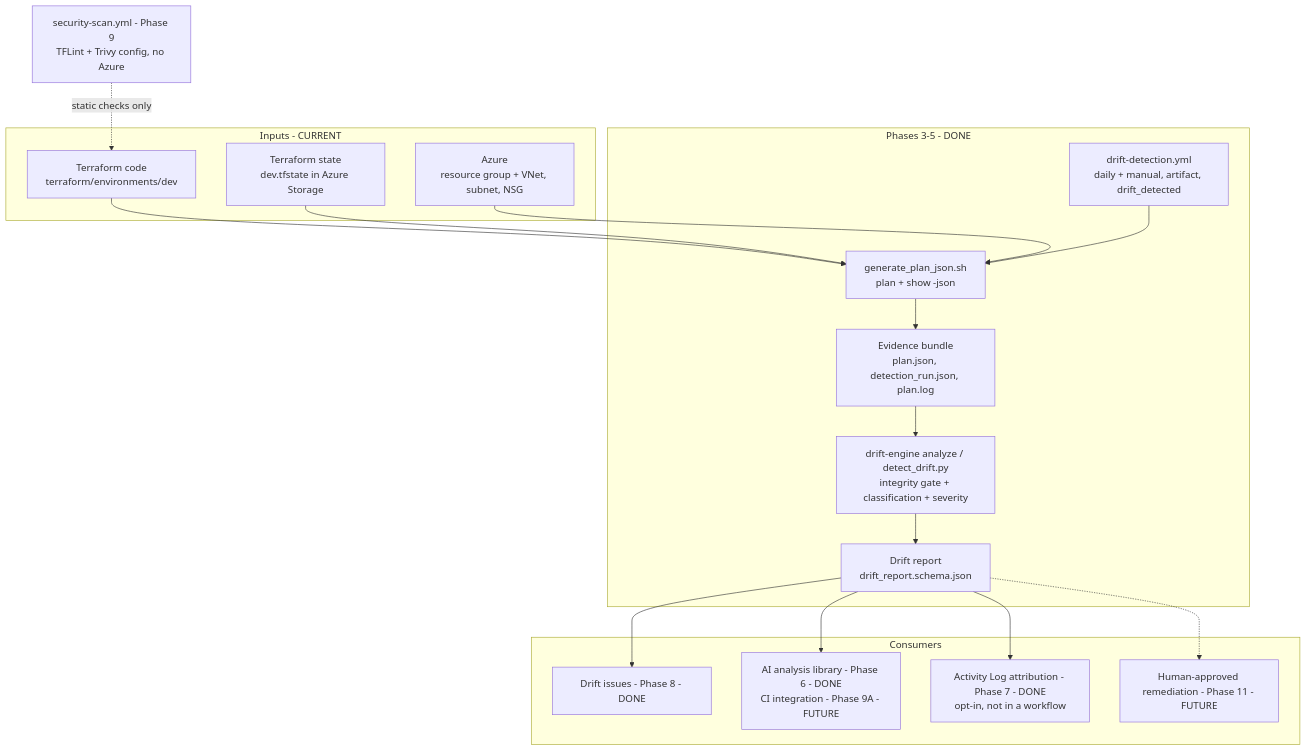
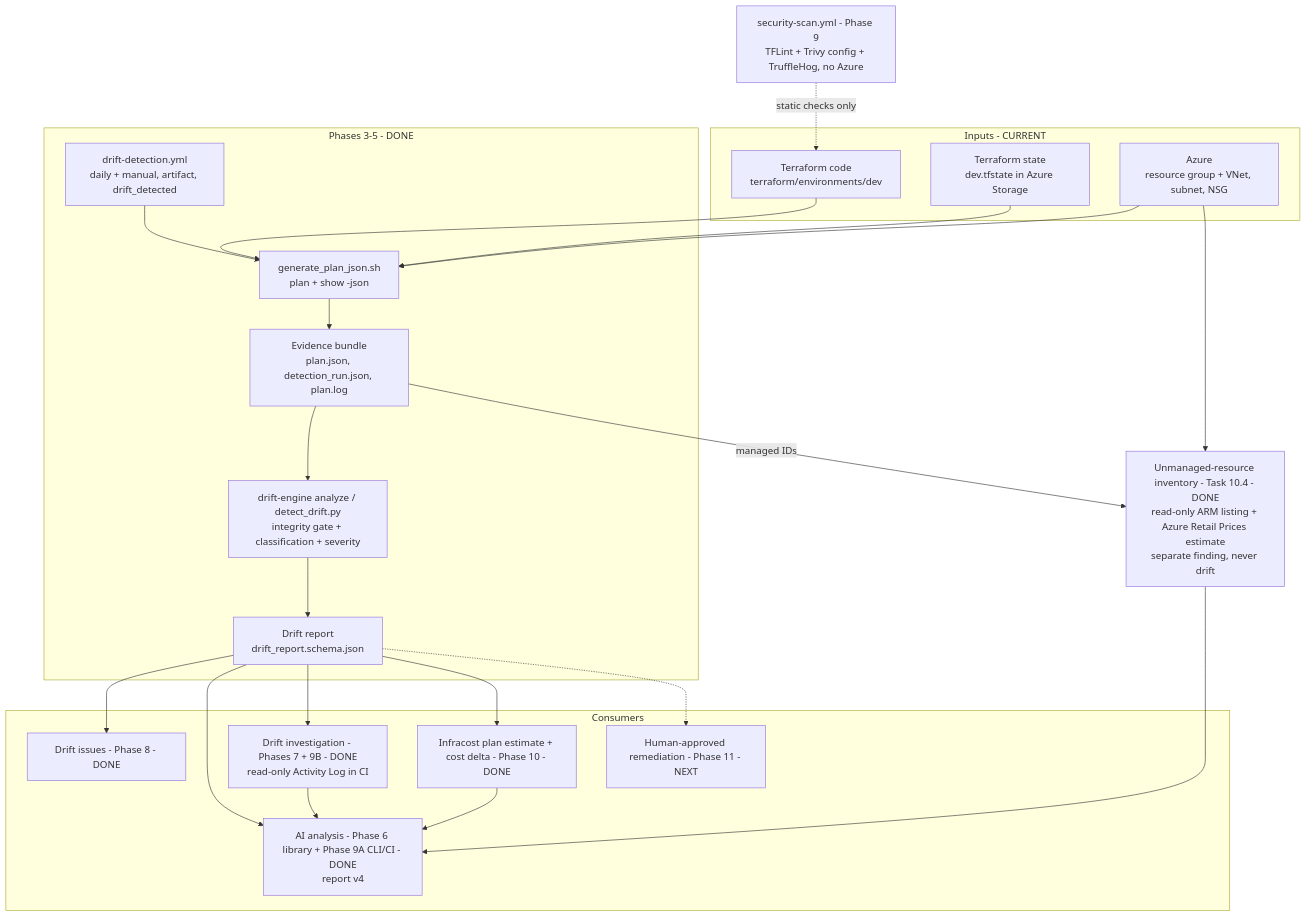
The third of 11 diagrams in docs/MASTER_PROJECT_GUIDE.md (HarshAgarwal1102/ai-terraform-drift-detector), drawn with Mermaid before and after one commit. The commit also changed other lines of this file and 4 other files, not shown here.

First line of the commit message:
docs: close Tasks 10.3 and 10.4 and update project roadmap

````diff
--- a/docs/MASTER_PROJECT_GUIDE.md
+++ b/docs/MASTER_PROJECT_GUIDE.md
@@ -291,36 +296,45 @@
 ```mermaid
 flowchart TD
     subgraph INPUTS["Inputs - CURRENT"]
         CODE["Terraform code<br/>terraform/environments/dev"]
         STATE["Terraform state<br/>dev.tfstate in Azure Storage"]
         AZ["Azure<br/>resource group + VNet, subnet, NSG"]
     end
 
     subgraph DET["Phases 3-5 - DONE"]
         GEN["generate_plan_json.sh<br/>plan + show -json"]
         BUNDLE["Evidence bundle<br/>plan.json, detection_run.json, plan.log"]
         CLS["drift-engine analyze / detect_drift.py<br/>integrity gate + classification + severity"]
         REP["Drift report<br/>drift_report.schema.json"]
         WF["drift-detection.yml<br/>daily + manual, artifact, drift_detected"]
     end
 
     subgraph USE["Consumers"]
         ISS["Drift issues - Phase 8 - DONE"]
-        AI["AI analysis library - Phase 6 - DONE<br/>CI integration - Phase 9A - FUTURE"]
-        LOG["Activity Log attribution - Phase 7 - DONE<br/>opt-in, not in a workflow"]
-        FIX["Human-approved remediation - Phase 11 - FUTURE"]
+        AI["AI analysis - Phase 6 library + Phase 9A CLI/CI - DONE<br/>report v4"]
+        LOG["Drift investigation - Phases 7 + 9B - DONE<br/>read-only Activity Log in CI"]
+        COST["Infracost plan estimate + cost delta - Phase 10 - DONE"]
+        FIX["Human-approved remediation - Phase 11 - NEXT"]
     end
 
-    SCAN["security-scan.yml - Phase 9<br/>TFLint + Trivy config, no Azure"]
+    UNM["Unmanaged-resource inventory - Task 10.4 - DONE<br/>read-only ARM listing + Azure Retail Prices estimate<br/>separate finding, never drift"]
+
+    SCAN["security-scan.yml - Phase 9<br/>TFLint + Trivy config + TruffleHog, no Azure"]
 
     CODE --> GEN
     STATE --> GEN
     AZ --> GEN
     GEN --> BUNDLE --> CLS --> REP
     WF --> GEN
     REP --> ISS
     REP --> AI
     REP --> LOG
+    REP --> COST
+    AZ --> UNM
+    BUNDLE -->|"managed IDs"| UNM
+    LOG --> AI
+    COST --> AI
+    UNM --> AI
     REP -.-> FIX
     SCAN -.->|"static checks only"| CODE
 ```
````
